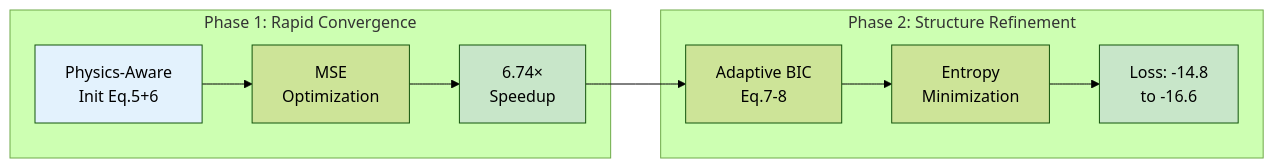
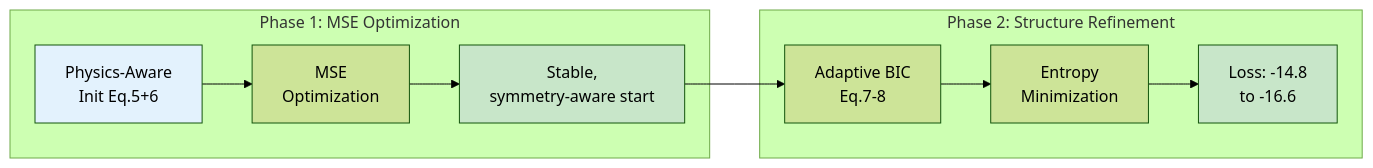
One commit to jurjsorinliviu/Psi-Vortex changed the third of 7 diagrams in README.md. Above: the diagram before and after it, drawn with Mermaid (forest theme). The commit also changed other lines of this file, not shown here.

````diff
--- a/README.md
+++ b/README.md
@@ -550,16 +398,16 @@
 ```mermaid
 flowchart LR
-    subgraph phase1["Phase 1: Rapid Convergence"]
-        A["Physics-Aware<br>Init Eq.5+6"] --> B["MSE<br>Optimization"] --> C["6.74×<br>Speedup"]
+    subgraph phase1["Phase 1: MSE Optimization"]
+        A["Physics-Aware<br>Init Eq.5+6"] --> B["MSE<br>Optimization"] --> C["Stable,<br>symmetry-aware start"]
     end
     
     subgraph phase2["Phase 2: Structure Refinement"]
         D["Adaptive BIC<br>Eq.7-8"] --> E["Entropy<br>Minimization"] --> F["Loss: -14.8<br>to -16.6"]
     end
     
     C --> D
     
-    style A fill:#e3f2fd,color:#000000
-    style C fill:#c8e6c9,color:#000000
-    style F fill:#c8e6c9,color:#000000
+    style A fill:#e3f2fd
+    style C fill:#c8e6c9
+    style F fill:#c8e6c9
 ```
````
